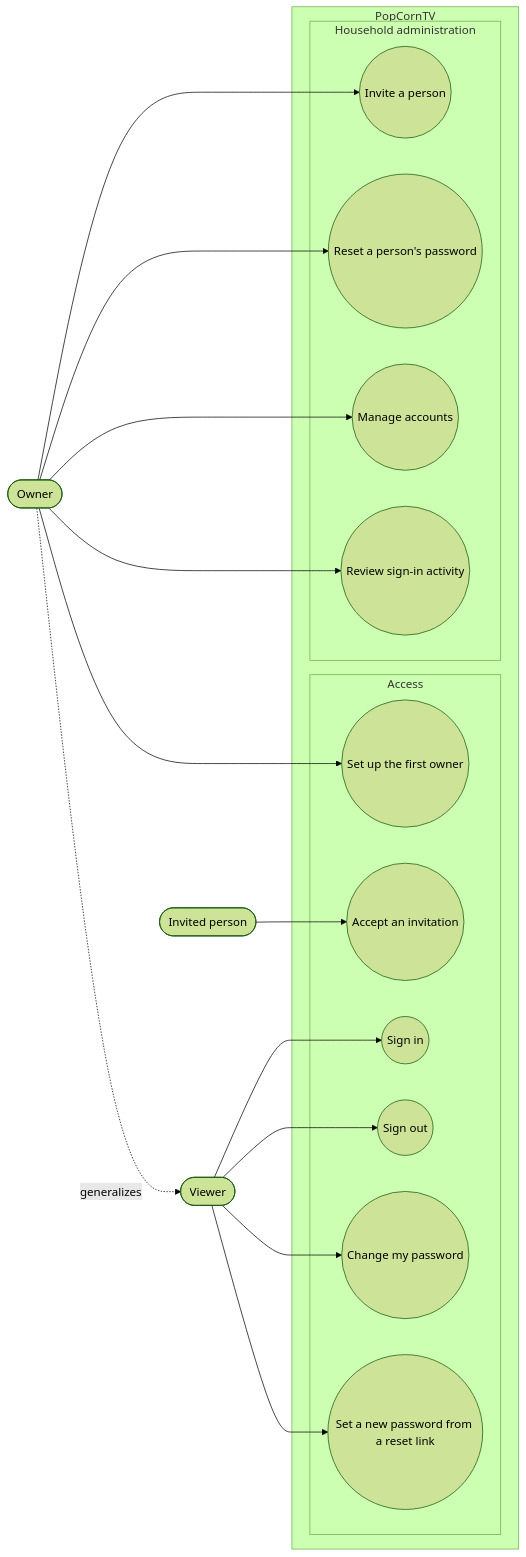
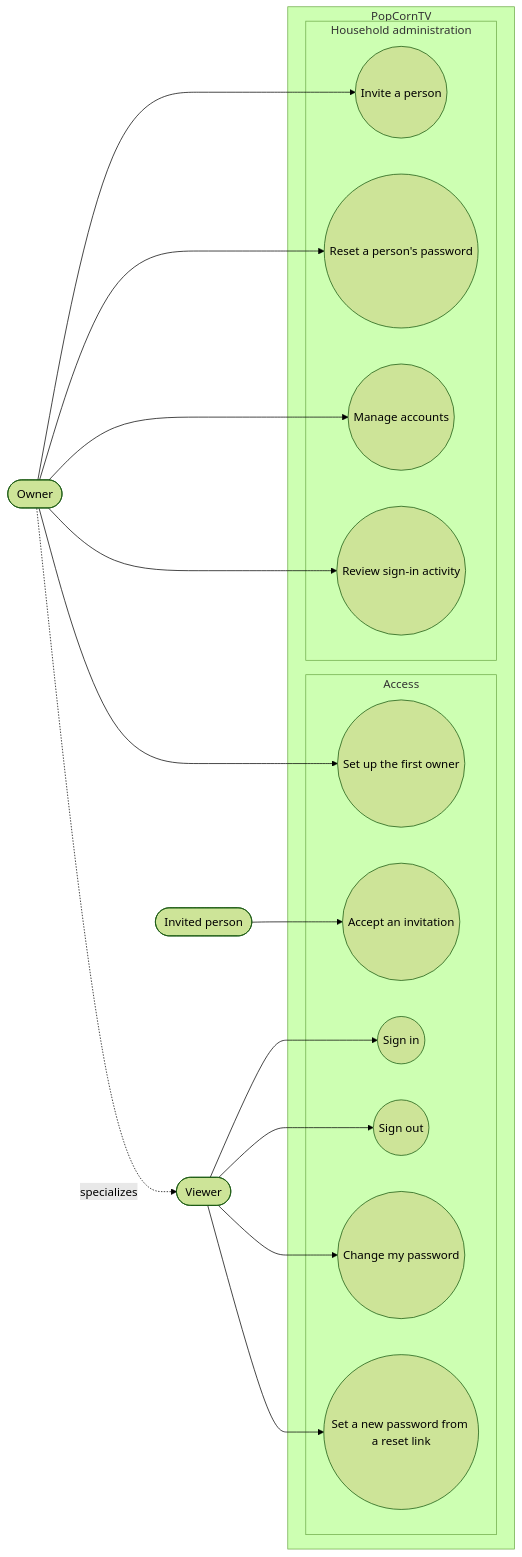
One commit to benoit-bremaud/popcorntv changed the diagram in docs/architecture/diagrams/auth/01-use-case.md. Above: the diagram before and after it, drawn with Mermaid (forest theme). The commit also changed other lines of this file and 4 other files, not shown here.

````diff
--- a/docs/architecture/diagrams/auth/01-use-case.md
+++ b/docs/architecture/diagrams/auth/01-use-case.md
@@ -16,35 +16,35 @@
 ```mermaid
 flowchart LR
   Viewer(["Viewer"])
   Owner(["Owner"])
   Guest(["Invited person"])
-  Owner -. "generalizes" .-> Viewer
+  Owner -. "specializes" .-> Viewer
 
   subgraph PopCornTV["PopCornTV"]
     subgraph Access["Access"]
       UC11(("Set up the first owner"))
       UC12(("Accept an invitation"))
       UC13(("Sign in"))
       UC14(("Sign out"))
       UC19(("Change my password"))
       UC20(("Set a new password from a reset link"))
     end
     subgraph Admin["Household administration"]
       UC15(("Invite a person"))
       UC16(("Reset a person's password"))
       UC17(("Manage accounts"))
       UC18(("Review sign-in activity"))
     end
   end
 
   Viewer --> UC13
   Viewer --> UC14
   Viewer --> UC19
   Viewer --> UC20
   Guest --> UC12
   Owner --> UC11
   Owner --> UC15
   Owner --> UC16
   Owner --> UC17
   Owner --> UC18
 ```
````
